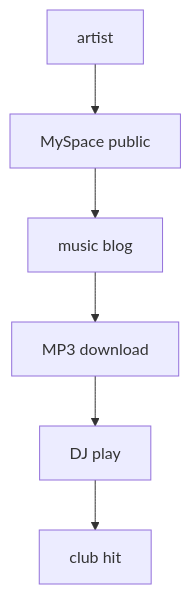
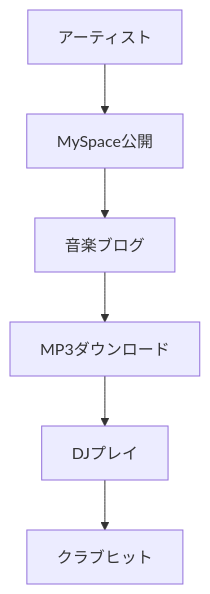
One commit to monumental-movement/monumental-movement.github.io changed the first of 4 diagrams in en/_posts/2026-03-14-column-the-lost-era-of-bloghouse.md. Above: the diagram before and after it, drawn with Mermaid. The commit also changed other lines of this file and 2196 other files, not shown here.

```diff
--- a/en/_posts/2026-03-14-column-the-lost-era-of-bloghouse.md
+++ b/en/_posts/2026-03-14-column-the-lost-era-of-bloghouse.md
@@ -111,8 +111,8 @@
 <div class="mermaid">
 graph TD
-A[artist] --> B[MySpace public]
-B --> C[music blog]
-C --> D[MP3 download]
-D --> E[DJ play]
-E --> F[club hit]
+A[アーティスト] --> B[MySpace公開]
+B --> C[音楽ブログ]
+C --> D[MP3ダウンロード]
+D --> E[DJプレイ]
+E --> F[クラブヒット]
 </div>
```
